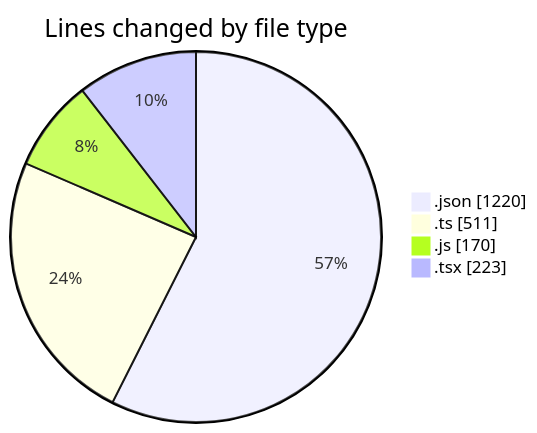
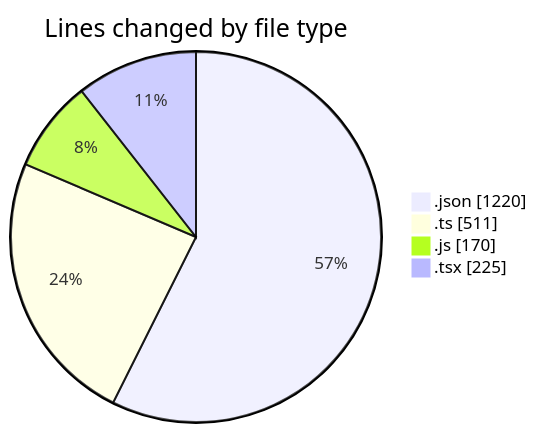
The first of 2 diagrams in 2026-05-05/cda/README.md (momahboobian/code-tracking), drawn with Mermaid before and after one commit. The commit also changed other lines of this file and 1 other file, not shown here.

````diff
--- a/2026-05-05/cda/README.md
+++ b/2026-05-05/cda/README.md
@@ -41,8 +41,8 @@
 ```mermaid
 pie showData
 title Lines changed by file type
 ".json" : 1220
 ".ts" : 511
 ".js" : 170
-".tsx" : 223
+".tsx" : 225
 ```
````
